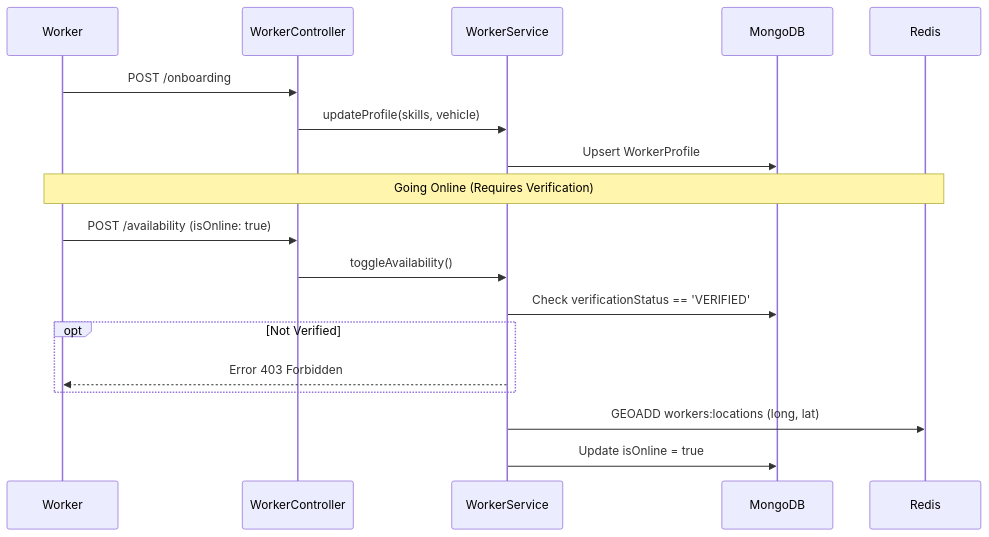
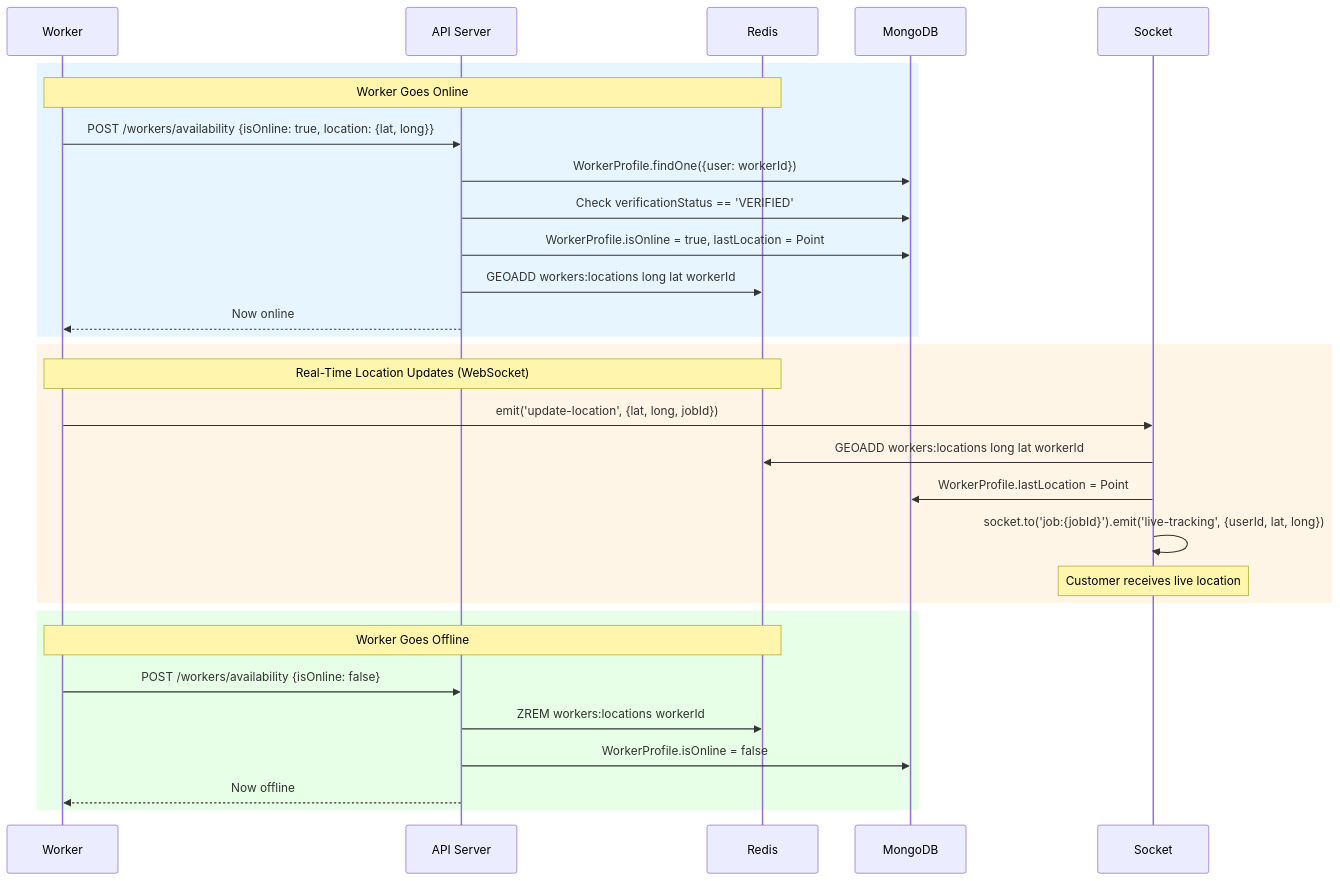
The sixth of 15 diagrams in docs_detailed_flows/DATA_FLOW_DIAGRAMS.md (Somilg11/oddigo-v2), drawn with Mermaid before and after one commit. The commit also changed other lines of this file and 67 other files, not shown here.

````diff
--- a/docs_detailed_flows/DATA_FLOW_DIAGRAMS.md
+++ b/docs_detailed_flows/DATA_FLOW_DIAGRAMS.md
@@ -52,24 +239,35 @@
 ```mermaid
 sequenceDiagram
-    participant Worker
-    participant WorkerController
-    participant WorkerService
+    participant W as Worker
+    participant API as API Server
+    participant Redis
     participant DB as MongoDB
-    participant Redis
+    participant Socket
 
-    Worker->>WorkerController: POST /onboarding
-    WorkerController->>WorkerService: updateProfile(skills, vehicle)
-    WorkerService->>DB: Upsert WorkerProfile
-    
-    Note over Worker, Redis: Going Online (Requires Verification)
-    Worker->>WorkerController: POST /availability (isOnline: true)
-    WorkerController->>WorkerService: toggleAvailability()
-    WorkerService->>DB: Check verificationStatus == 'VERIFIED'
-    
-    opt Not Verified
-        WorkerService-->>Worker: Error 403 Forbidden
+    rect rgb(230, 245, 255)
+    Note over W, Redis: Worker Goes Online
+    W->>API: POST /workers/availability {isOnline: true, location: {lat, long}}
+    API->>DB: WorkerProfile.findOne({user: workerId})
+    API->>DB: Check verificationStatus == 'VERIFIED'
+    API->>DB: WorkerProfile.isOnline = true, lastLocation = Point
+    API->>Redis: GEOADD workers:locations long lat workerId
+    API-->>W: Now online
     end
-    
-    WorkerService->>Redis: GEOADD workers:locations (long, lat)
-    WorkerService->>DB: Update isOnline = true
+
+    rect rgb(255, 245, 230)
+    Note over W, Redis: Real-Time Location Updates (WebSocket)
+    W->>Socket: emit('update-location', {lat, long, jobId})
+    Socket->>Redis: GEOADD workers:locations long lat workerId
+    Socket->>DB: WorkerProfile.lastLocation = Point
+    Socket->>Socket: socket.to('job:{jobId}').emit('live-tracking', {userId, lat, long})
+    Note over Socket: Customer receives live location
+    end
+
+    rect rgb(230, 255, 230)
+    Note over W, Redis: Worker Goes Offline
+    W->>API: POST /workers/availability {isOnline: false}
+    API->>Redis: ZREM workers:locations workerId
+    API->>DB: WorkerProfile.isOnline = false
+    API-->>W: Now offline
+    end
 ```
````
